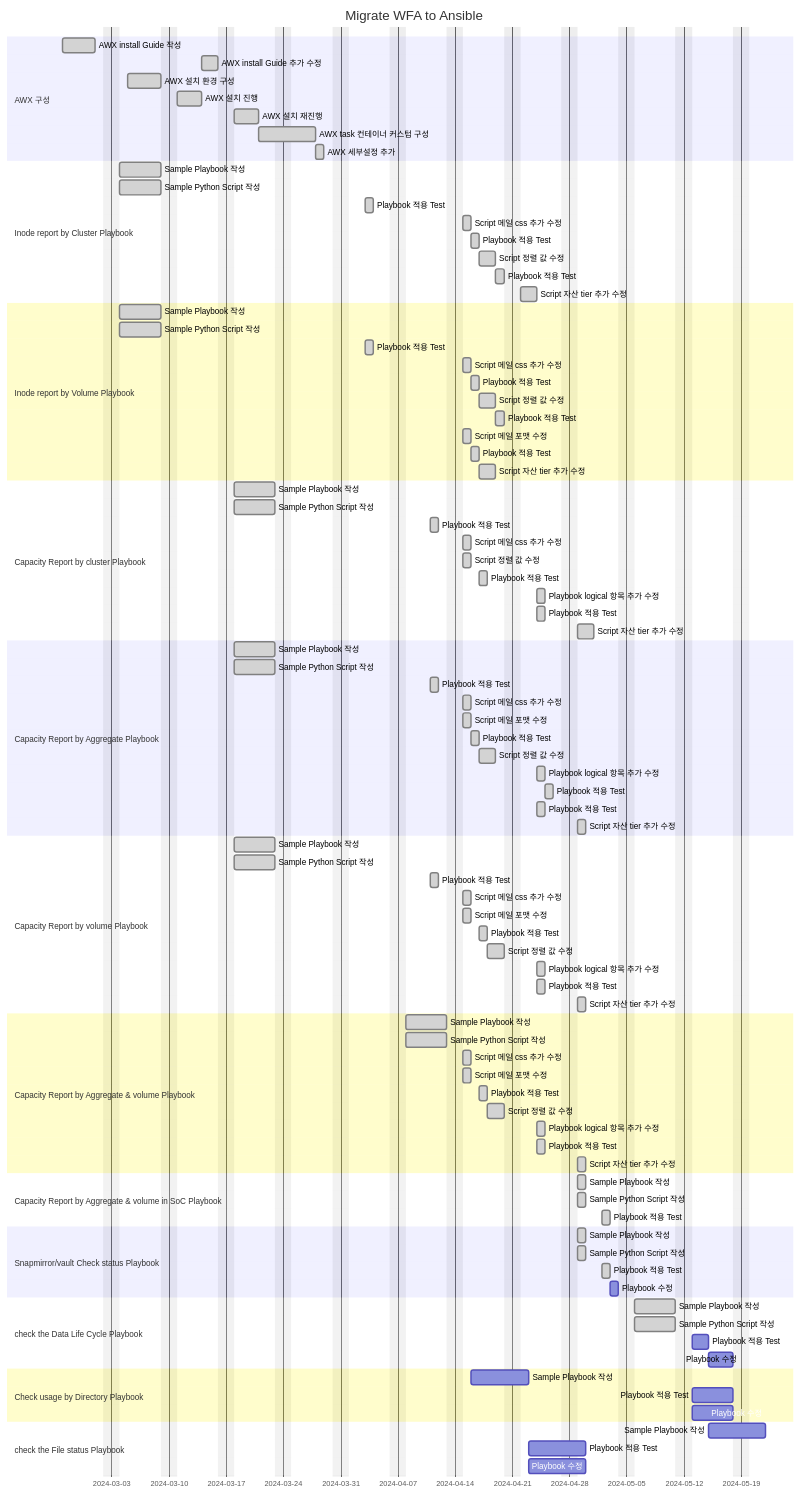
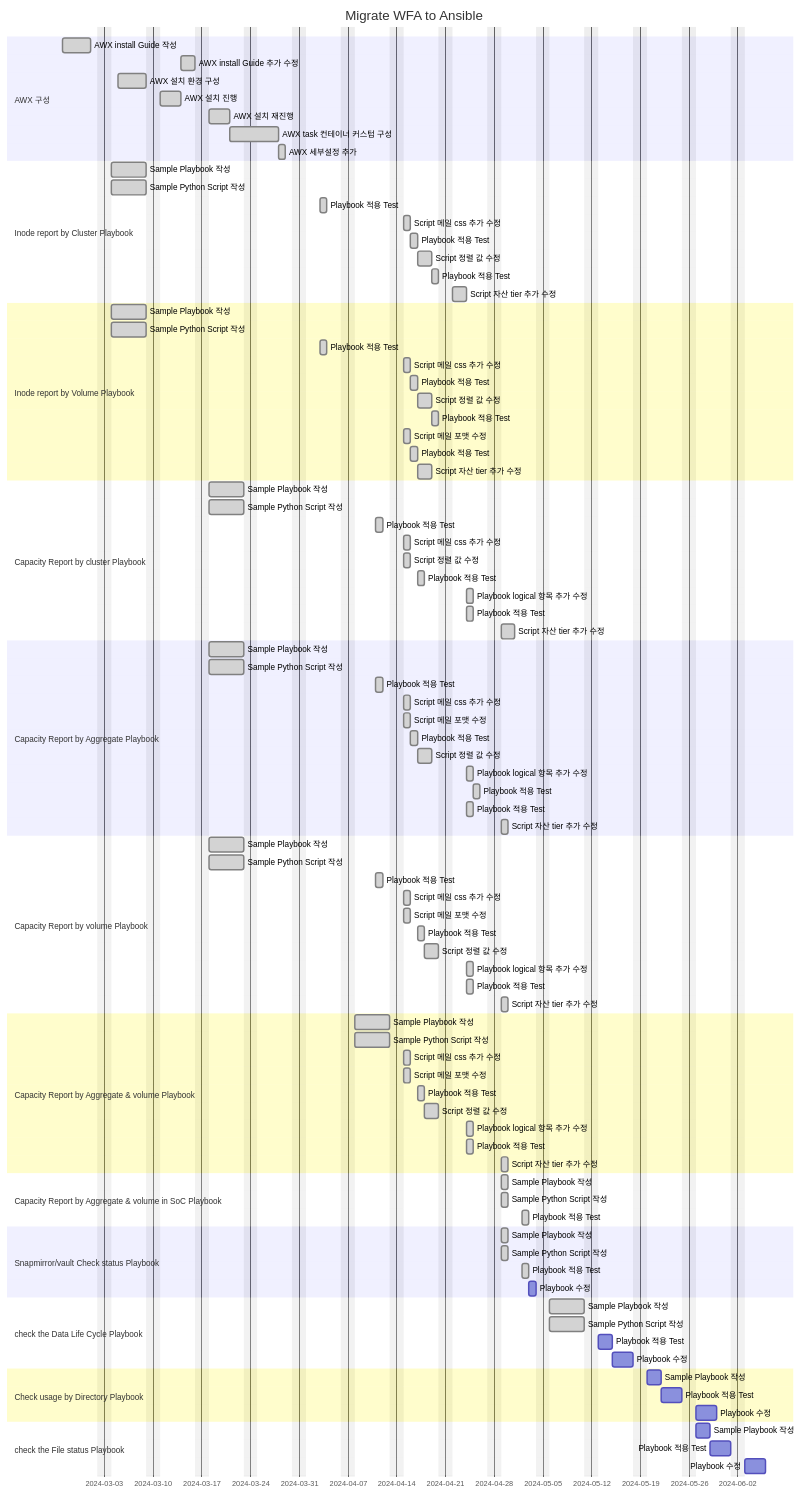
One commit to netappkr/AnsiblePlaybook changed the diagram in SKHynix/Readme.md. Above: the diagram before and after it, drawn with Mermaid.

````diff
--- a/SKHynix/Readme.md
+++ b/SKHynix/Readme.md
@@ -175,16 +175,16 @@
     section check the Data Life Cycle Playbook
     Sample Playbook 작성                : done, p7-1, 2024-05-06, 5d
     Sample Python Script 작성           : done, p7-2, 2024-05-06, 5d
-    Playbook 적용 Test: p7-3, after p7-2,  2d
-    Playbook 수정 : p7-4, after p7-3 , 3d
+    Playbook 적용 Test                  : p7-3, after p7-2,  2d
+    Playbook 수정                       : p7-4, after p7-3 , 3d
 
     section Check usage by Directory Playbook
-    Sample Playbook 작성 : p8-1, after p4-4, 5d
-    Playbook 적용 Test: p8-2, after p7-1,  5d
-    Playbook 수정 : p8-3, after p7-1 , 5d
+    Sample Playbook 작성                : p8-1, after p7-4, 2d
+    Playbook 적용 Test                  : p8-2, after p8-1, 3d
+    Playbook 수정                       : p8-3, after p8-2, 3d
 
     section check the File status Playbook
-    Sample Playbook 작성 : p9-1, after p7-3, 5d
-    Playbook 적용 Test: p9-2, after p8-1,  5d
-    Playbook 수정 : p9-3, after p8-1 , 5d
+    Sample Playbook 작성                : p9-1, after p8-2, 2d
+    Playbook 적용 Test                  : p9-2, after p9-1, 3d
+    Playbook 수정                       : p9-3, after p9-2, 3d
 ```
````
